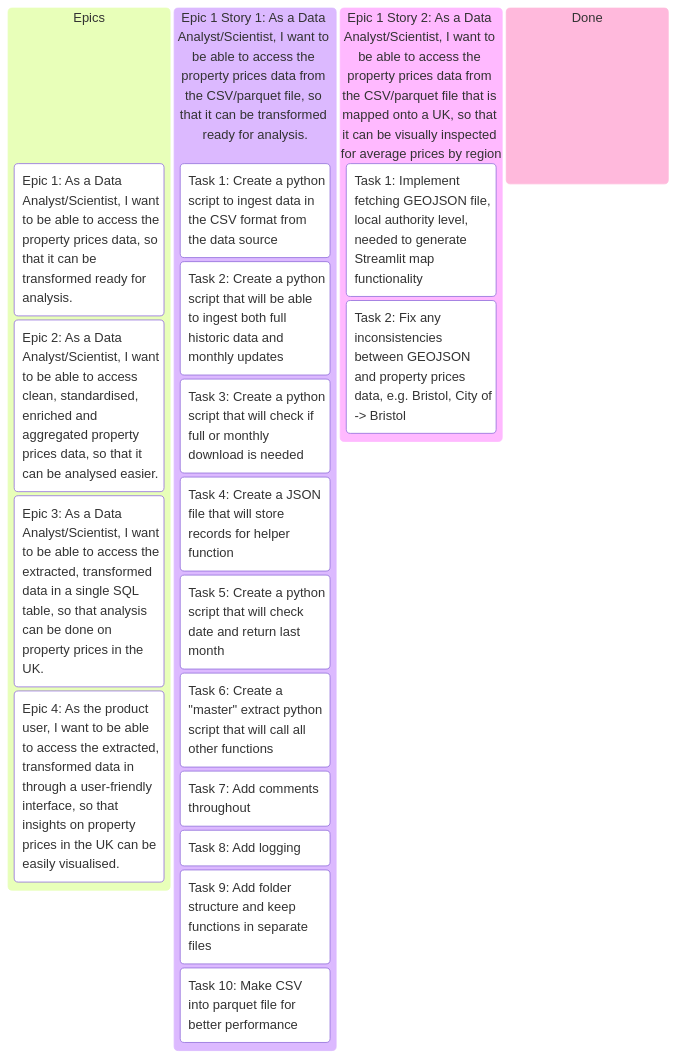
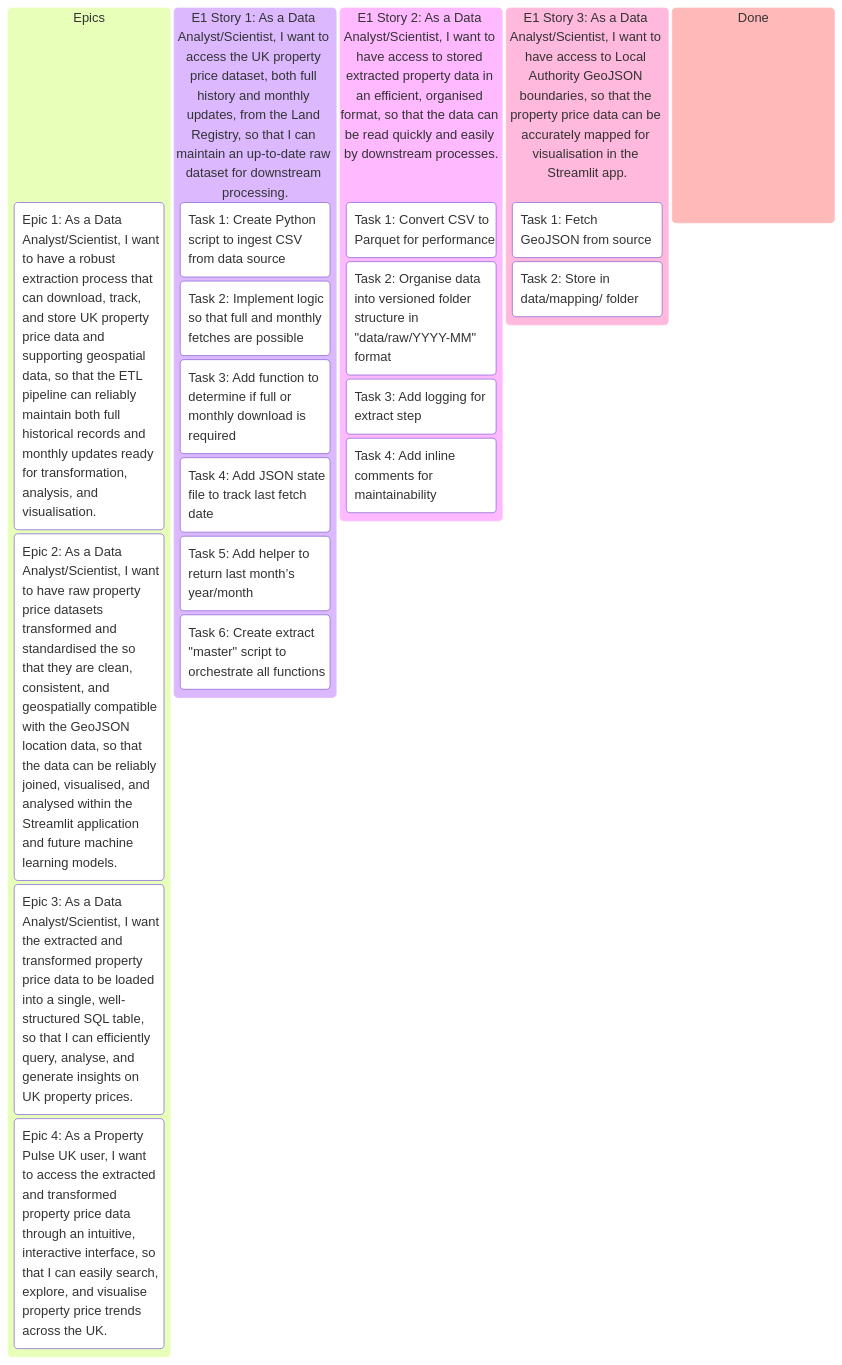
The first of 2 diagrams in README.md (pavlekovic/property-pulse-uk), drawn with Mermaid before and after one commit. The commit also changed other lines of this file, not shown here.

````diff
--- a/README.md
+++ b/README.md
@@ -107,23 +170,31 @@
 ```mermaid
 kanban
     Epics
-        (Epic 1: As a Data Analyst/Scientist, I want to be able to access the property prices data, so that it can be transformed ready for analysis.)
-        (Epic 2: As a Data Analyst/Scientist, I want to be able to access clean, standardised, enriched and aggregated property prices data, so that it can be analysed easier.)
-        (Epic 3: As a Data Analyst/Scientist, I want to be able to access the extracted, transformed data in a single SQL table, so that analysis can be done on property prices in the UK.)
-        (Epic 4: As the product user, I want to be able to access the extracted, transformed data in through a user-friendly interface, so that insights on property prices in the UK can be easily visualised.)
-    (Epic 1 Story 1: As a Data Analyst/Scientist, I want to be able to access the property prices data from the CSV/parquet file, so that it can be transformed ready for analysis.)
-        Task 1: Create a python script to ingest data in the CSV format from the data source
-        Task 2: Create a python script that will be able to ingest both full historic data and monthly updates
-        Task 3: Create a python script that will check if full or monthly download is needed
-        Task 4: Create a JSON file that will store records for helper function
-        Task 5: Create a python script that will check date and return last month
-        Task 6: Create a "master" extract python script that will call all other functions
-        Task 7: Add comments throughout
-        Task 8: Add logging
-        Task 9: Add folder structure and keep functions in separate files
-        Task 10: Make CSV into parquet file for better performance
-    (Epic 1 Story 2: As a Data Analyst/Scientist, I want to be able to access the property prices data from the CSV/parquet file that is mapped onto a UK, so that it can be visually inspected for average prices by region)
-        Task 1: Implement fetching GEOJSON file, local authority level, needed to generate Streamlit map functionality
-        Task 2: Fix any inconsistencies between GEOJSON and property prices data, e.g. Bristol, City of -> Bristol
+        (Epic 1: As a Data Analyst/Scientist, I want to have a robust extraction process that can download, track, and store UK property price data and supporting geospatial data, so that the ETL pipeline can reliably maintain both full historical records and monthly updates ready for transformation, analysis, and visualisation.)
+
+        (Epic 2: As a Data Analyst/Scientist, I want to have raw property price datasets transformed and standardised the so that they are clean, consistent, and geospatially compatible with the GeoJSON location data, so that the data can be reliably joined, visualised, and analysed within the Streamlit application and future machine learning models.)
+
+        (Epic 3: As a Data Analyst/Scientist, I want the extracted and transformed property price data to be loaded into a single, well-structured SQL table, so that I can efficiently query, analyse, and generate insights on UK property prices.)
+
+        (Epic 4: As a Property Pulse UK user, I want to access the extracted and transformed property price data through an intuitive, interactive interface, so that I can easily search, explore, and visualise property price trends across the UK.)
+
+    (E1 Story 1: As a Data Analyst/Scientist, I want to access the UK property price dataset, both full history and monthly updates, from the Land Registry, so that I can maintain an up-to-date raw dataset for downstream processing.)
+        Task 1: Create Python script to ingest CSV from data source
+        Task 2: Implement logic so that full and monthly fetches are possible
+        Task 3: Add function to determine if full or monthly download is required
+        Task 4: Add JSON state file to track last fetch date
+        Task 5: Add helper to return last month’s year/month
+        Task 6: Create extract "master" script to orchestrate all functions
+
+    (E1 Story 2: As a Data Analyst/Scientist, I want to have access to stored extracted property data in an efficient, organised format, so that the data can be read quickly and easily by downstream processes.)
+        Task 1: Convert CSV to Parquet for performance
+        Task 2: Organise data into versioned folder structure in "data/raw/YYYY-MM" format
+        Task 3: Add logging for extract step
+        Task 4: Add inline comments for maintainability
+
+    (E1 Story 3: As a Data Analyst/Scientist, I want to have access to Local Authority GeoJSON boundaries, so that the property price data can be accurately mapped for visualisation in the Streamlit app.)
+        Task 1: Fetch GeoJSON from source
+        Task 2: Store in data/mapping/ folder
+
     Done
 ```
````
